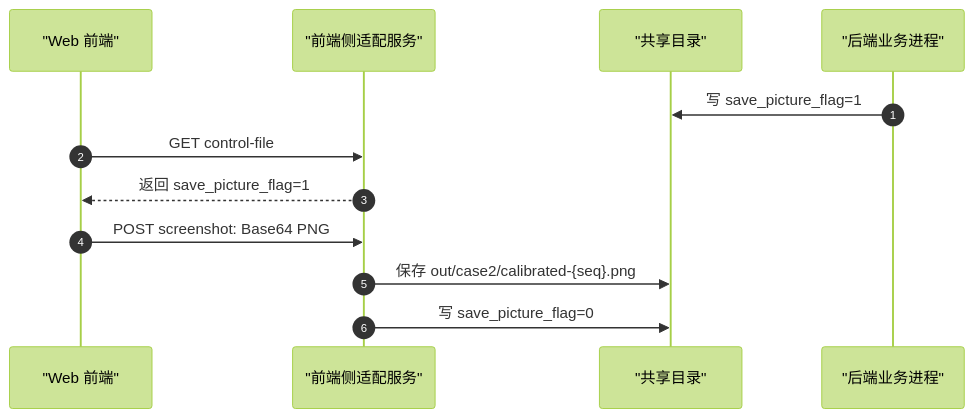
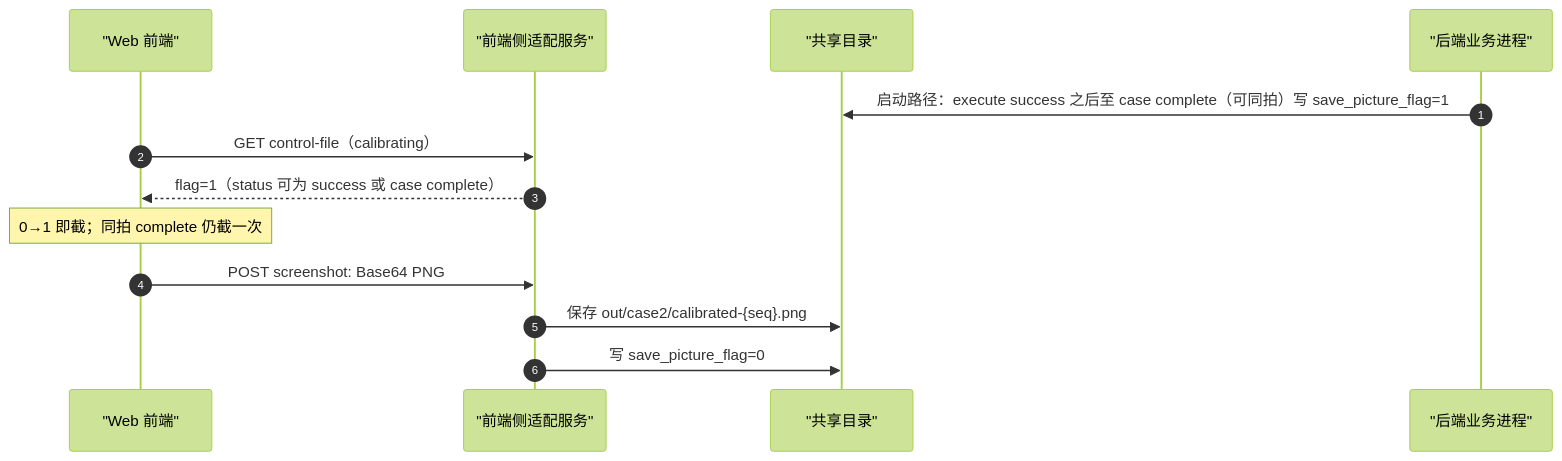
One commit to JackweiStud/2030-DT changed the third of 3 diagrams in doc/case2/BACKEND-API-HANDOFF.md. Above: the diagram before and after it, drawn with Mermaid (forest theme). The commit also changed other lines of this file and 16 other files, not shown here.

````diff
--- a/doc/case2/BACKEND-API-HANDOFF.md
+++ b/doc/case2/BACKEND-API-HANDOFF.md
@@ -457,15 +471,16 @@
 ```mermaid
 sequenceDiagram
   autonumber
   participant Web as "Web 前端"
   participant Adapter as "前端侧适配服务"
   participant Shared as "共享目录"
   participant Backend as "后端业务进程"
 
-  Backend->>Shared: 写 save_picture_flag=1
-  Web->>Adapter: GET control-file
-  Adapter-->>Web: 返回 save_picture_flag=1
+  Backend->>Shared: 启动路径：execute success 之后至 case complete（可同拍）写 save_picture_flag=1
+  Web->>Adapter: GET control-file（calibrating）
+  Adapter-->>Web: flag=1（status 可为 success 或 case complete）
+  Note over Web: 0→1 即截；同拍 complete 仍截一次
   Web->>Adapter: POST screenshot: Base64 PNG
   Adapter->>Shared: 保存 out/case2/calibrated-{seq}.png
   Adapter->>Shared: 写 save_picture_flag=0
 ```
````
